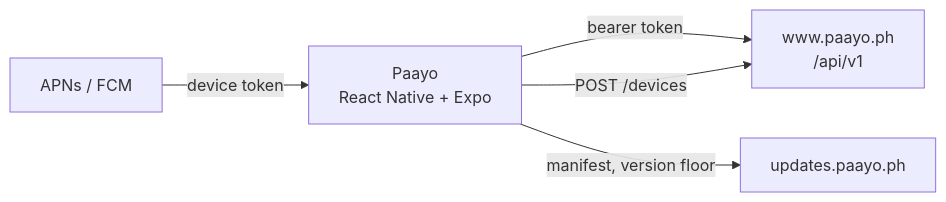
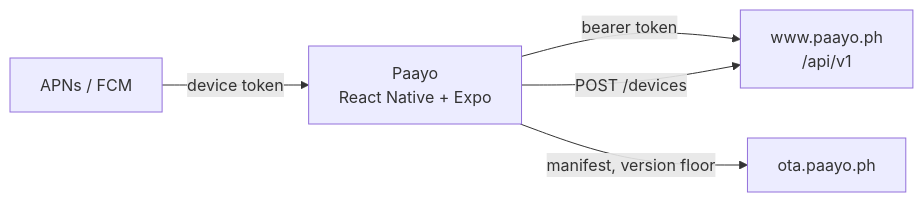
One commit to Southside-17/paayo-client changed the first of 2 diagrams in README.md. Above: the diagram before and after it, drawn with Mermaid. The commit also changed other lines of this file and 3 other files, not shown here.

First line of the commit message:
Move the update host to ota.paayo.ph

````diff
--- a/README.md
+++ b/README.md
@@ -31,9 +31,9 @@
 ```mermaid
 flowchart LR
     app["Paayo<br/>React Native + Expo"]
 
     app -->|"bearer token"| api["www.paayo.ph<br/>/api/v1"]
-    app -->|"manifest, version floor"| updates["updates.paayo.ph"]
+    app -->|"manifest, version floor"| updates["ota.paayo.ph"]
     push["APNs / FCM"] -->|"device token"| app
     app -->|"POST /devices"| api
 ```
````
